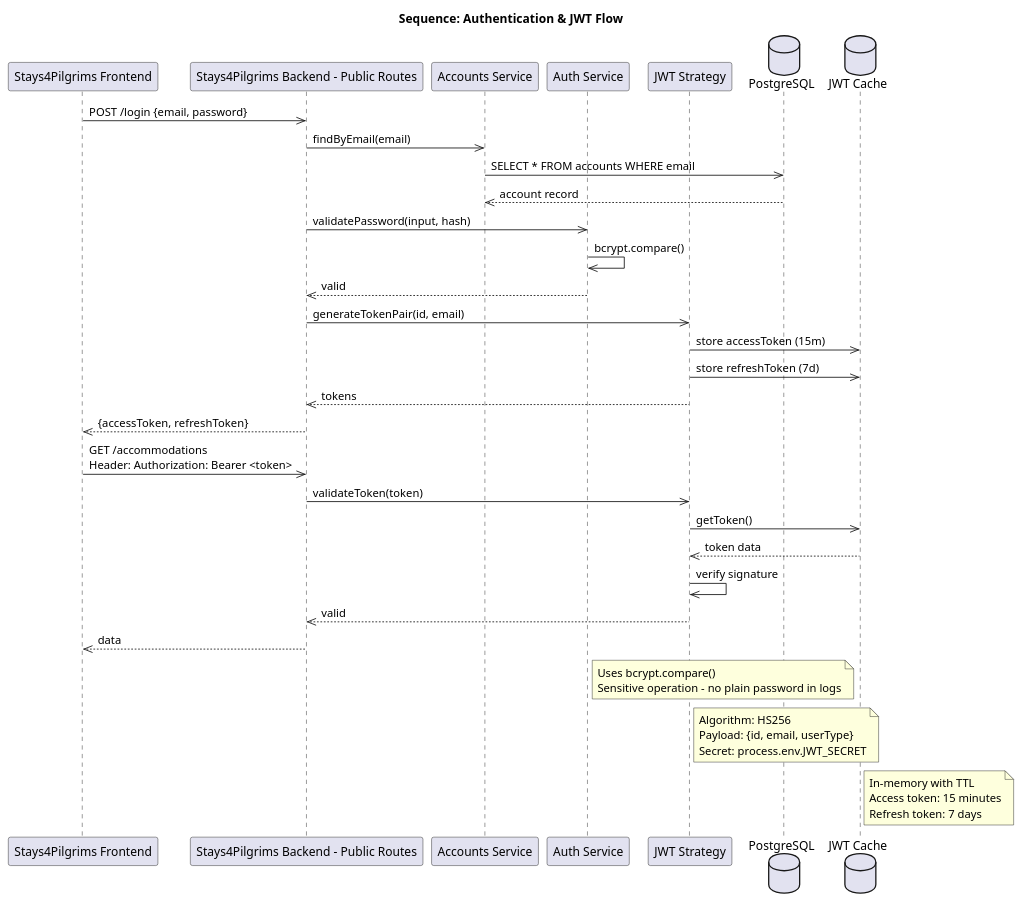
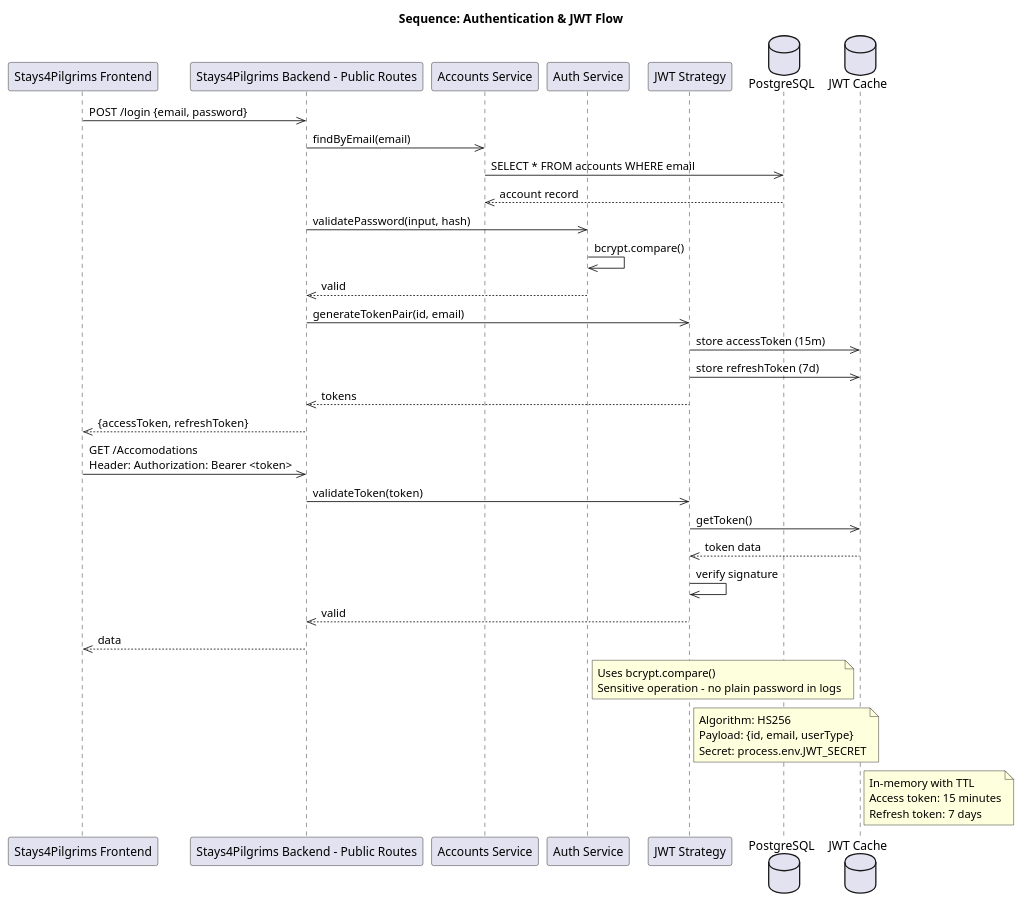
Before and after one commit to alegna83/cookbook-be: the diagram in docs/diagrams/component-auth-sessions.puml, drawn with PlantUML. The commit also changed other lines of this file and 27 other files, not shown here.

Commit message:
docs(diagrams): rename accommodation terms and regenerate diagrams

```diff
--- a/docs/diagrams/component-auth-sessions.puml
+++ b/docs/diagrams/component-auth-sessions.puml
@@ -1,50 +1,50 @@
 @startuml
 title Sequence: Authentication & JWT Flow
 
 participant "Stays4Pilgrims Frontend" as FE
 participant "Stays4Pilgrims Backend - Public Routes" as ROUTES
 participant "Accounts Service" as ACC_SVC
 participant "Auth Service" as AUTH_SVC
 participant "JWT Strategy" as JWT
 database "PostgreSQL" as DB
 database "JWT Cache" as CACHE
 
 FE ->> ROUTES: POST /login {email, password}
 ROUTES ->> ACC_SVC: findByEmail(email)
 ACC_SVC ->> DB: SELECT * FROM accounts WHERE email
 DB -->> ACC_SVC: account record
 ROUTES ->> AUTH_SVC: validatePassword(input, hash)
 AUTH_SVC ->> AUTH_SVC: bcrypt.compare()
 AUTH_SVC -->> ROUTES: valid
 ROUTES ->> JWT: generateTokenPair(id, email)
 JWT ->> CACHE: store accessToken (15m)
 JWT ->> CACHE: store refreshToken (7d)
 JWT -->> ROUTES: tokens
 ROUTES -->> FE: {accessToken, refreshToken}
 
-FE ->> ROUTES: GET /accommodations\nHeader: Authorization: Bearer <token>
+FE ->> ROUTES: GET /Accomodations\nHeader: Authorization: Bearer <token>
 ROUTES ->> JWT: validateToken(token)
 JWT ->> CACHE: getToken()
 CACHE -->> JWT: token data
 JWT ->> JWT: verify signature
 JWT -->> ROUTES: valid
 ROUTES -->> FE: data
 
 note right of AUTH_SVC
   Uses bcrypt.compare()
   Sensitive operation - no plain password in logs
 end note
 
 note right of JWT
   Algorithm: HS256
   Payload: {id, email, userType}
   Secret: process.env.JWT_SECRET
 end note
 
 note right of CACHE
   In-memory with TTL
   Access token: 15 minutes
   Refresh token: 7 days
 end note
 
 @enduml
```
